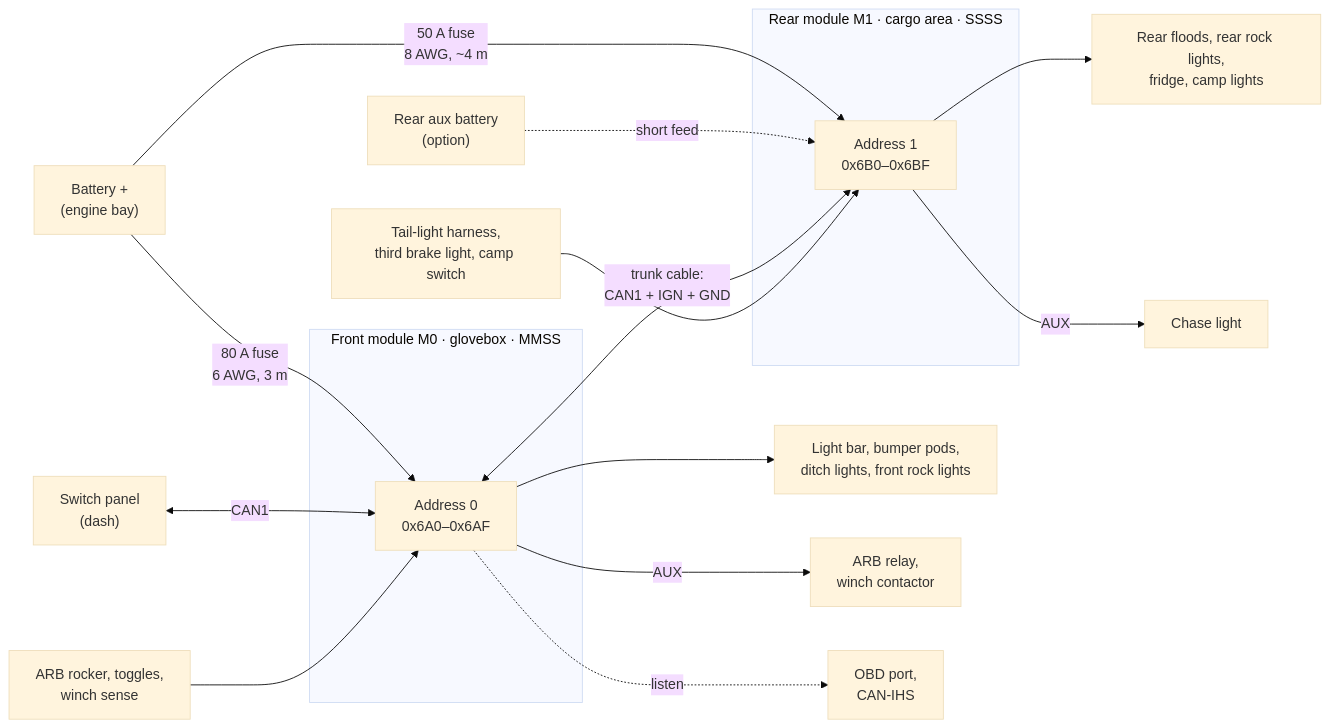
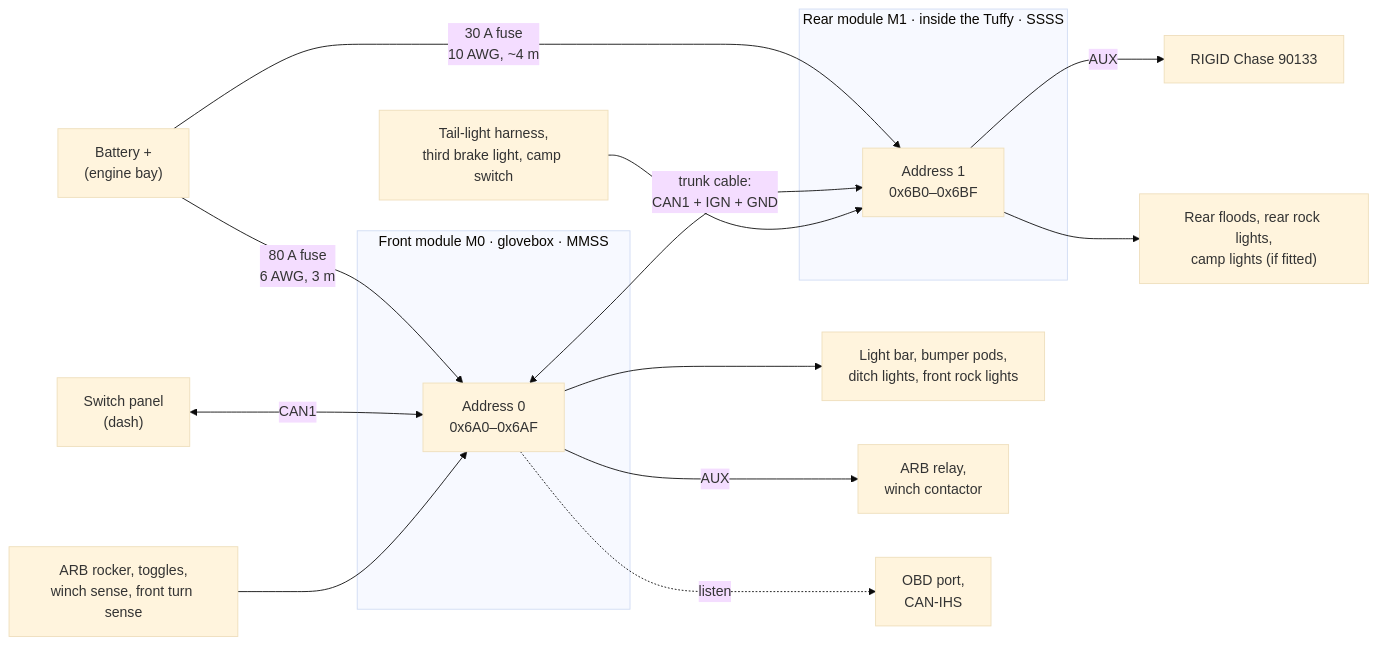
The diagram in power-control-module/docs/13-multi-module-system.md (jeffmincey/playground), drawn with Mermaid (base theme) before and after one commit. The commit also changed other lines of this file and 12 other files, not shown here.

First line of the commit message:
Record compressor, rear, radio and RIGID Chase answers

````diff
--- a/power-control-module/docs/13-multi-module-system.md
+++ b/power-control-module/docs/13-multi-module-system.md
@@ -12,21 +13,20 @@
 ```mermaid
 flowchart LR
     BAT["Battery +<br/>(engine bay)"] -->|"80 A fuse<br/>6 AWG, 3 m"| M0
-    BAT -->|"50 A fuse<br/>8 AWG, ~4 m"| M1
-    AUXB["Rear aux battery<br/>(option)"] -.->|"short feed"| M1
+    BAT -->|"30 A fuse<br/>10 AWG, ~4 m"| M1
     PANEL["Switch panel<br/>(dash)"] <-->|"CAN1"| M0
     M0 <-->|"trunk cable:<br/>CAN1 + IGN + GND"| M1
     subgraph FRONT["Front module M0 · glovebox · MMSS"]
         M0["Address 0<br/>0x6A0–0x6AF"]
     end
-    subgraph REAR["Rear module M1 · cargo area · SSSS"]
+    subgraph REAR["Rear module M1 · inside the Tuffy · SSSS"]
         M1["Address 1<br/>0x6B0–0x6BF"]
     end
     M0 --> FL["Light bar, bumper pods,<br/>ditch lights, front rock lights"]
     M0 -->|"AUX"| FA["ARB relay,<br/>winch contactor"]
     M0 -.->|"listen"| JEEP["OBD port,<br/>CAN-IHS"]
-    DASH["ARB rocker, toggles,<br/>winch sense"] --> M0
-    M1 --> RL["Rear floods, rear rock lights,<br/>fridge, camp lights"]
-    M1 -->|"AUX"| CH["Chase light"]
+    DASH["ARB rocker, toggles,<br/>winch sense, front turn sense"] --> M0
+    M1 -->|"AUX"| CH["RIGID Chase 90133"]
+    M1 --> RL["Rear floods, rear rock lights,<br/>camp lights (if fitted)"]
     TRL["Tail-light harness,<br/>third brake light, camp switch"] --> M1
 ```
````
